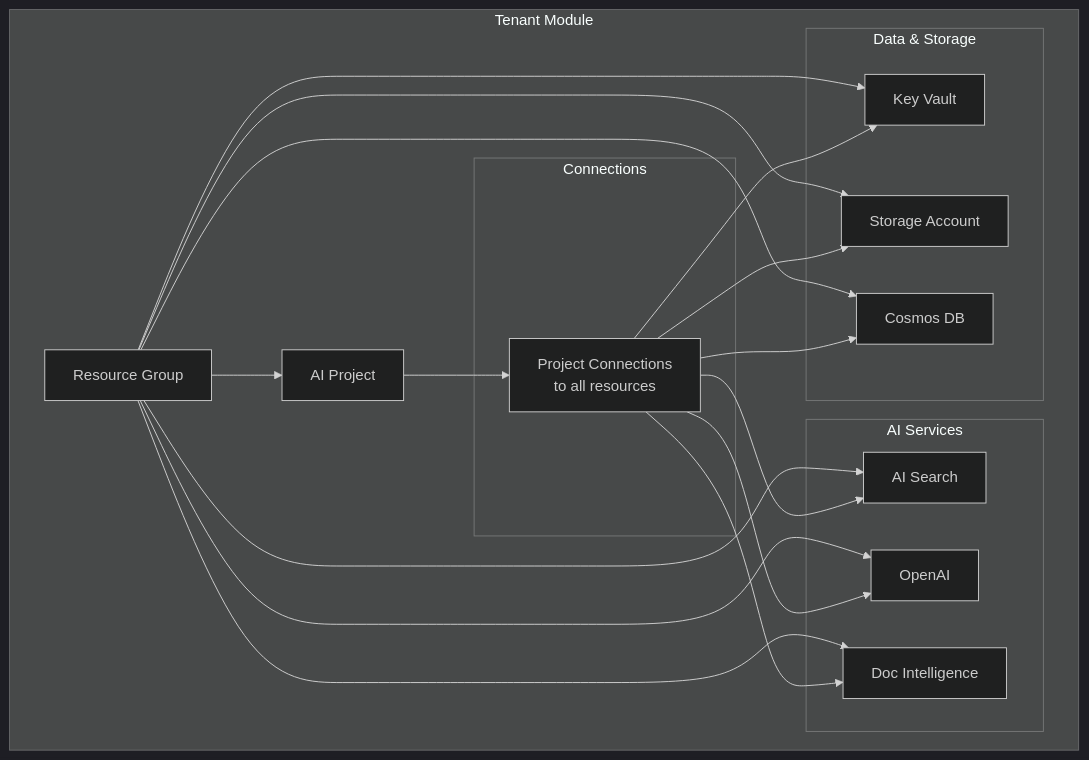
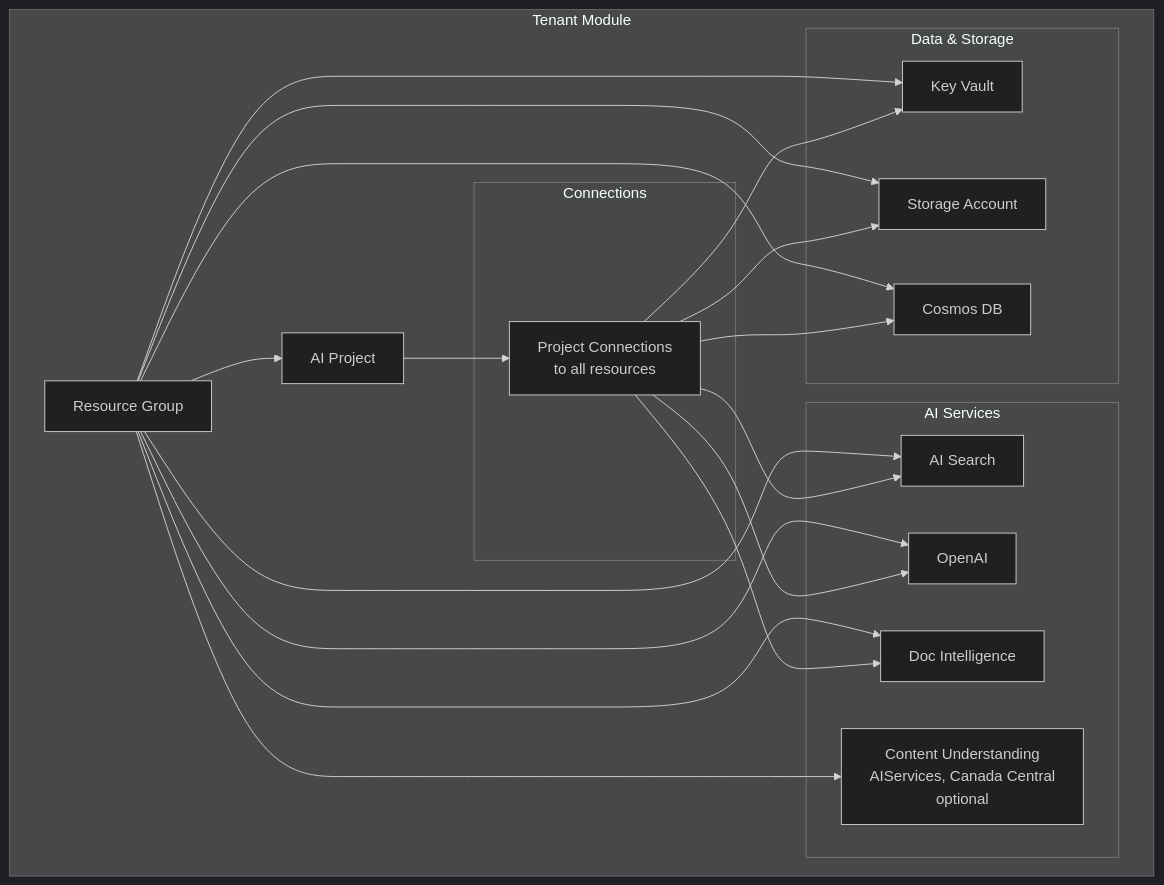
The sixth of 11 diagrams in infra-ai-hub/README.md (bcgov/ai-hub-tracking), drawn with Mermaid (dark theme) before and after one commit. The commit also changed other lines of this file and 78 other files, not shown here.

````diff
--- a/infra-ai-hub/README.md
+++ b/infra-ai-hub/README.md
@@ -326,39 +340,41 @@
 ```mermaid
 flowchart TB
     subgraph "Tenant Module"
         RG[Resource Group]
         PROJ[AI Project]
         
         subgraph "Data & Storage"
             KV[Key Vault]
             STG[Storage Account]
             COSMOS[Cosmos DB]
         end
         
         subgraph "AI Services"
             SRCH[AI Search]
             OAI[OpenAI]
             DOC[Doc Intelligence]
+            CU[Content Understanding<br/>AIServices, Canada Central<br/>optional]
         end
         
         subgraph "Connections"
             CONN[Project Connections<br/>to all resources]
         end
     end
     
     RG --> PROJ
     RG --> KV
     RG --> STG
     RG --> COSMOS
     RG --> SRCH
     RG --> OAI
     RG --> DOC
+    RG --> CU
     
     PROJ --> CONN
     CONN --> KV
     CONN --> STG
     CONN --> COSMOS
     CONN --> SRCH
     CONN --> OAI
     CONN --> DOC
 ```
````
